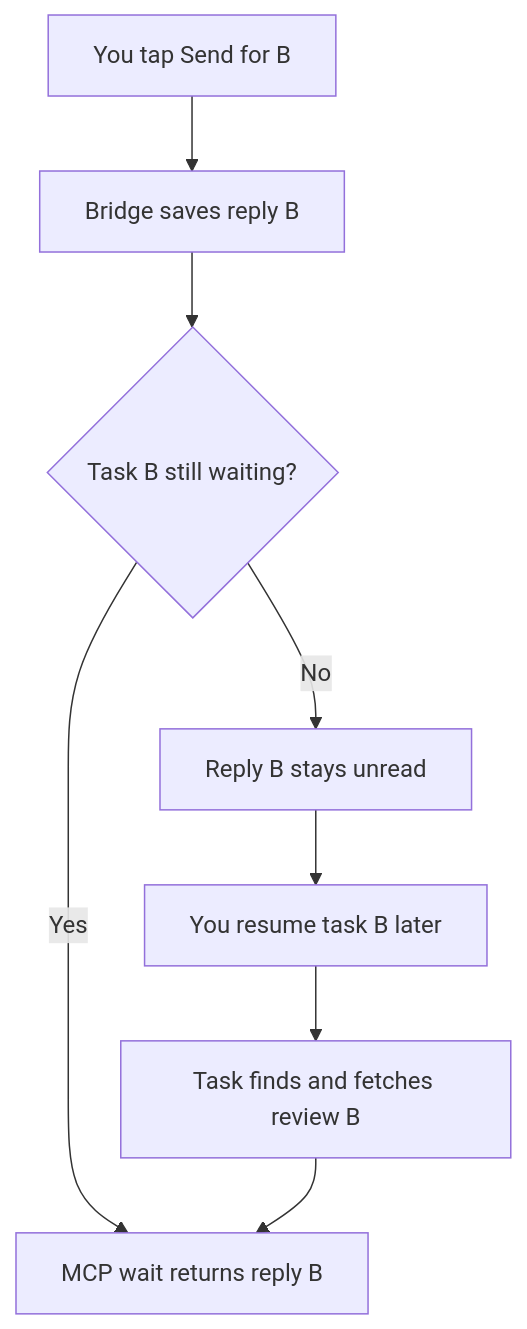
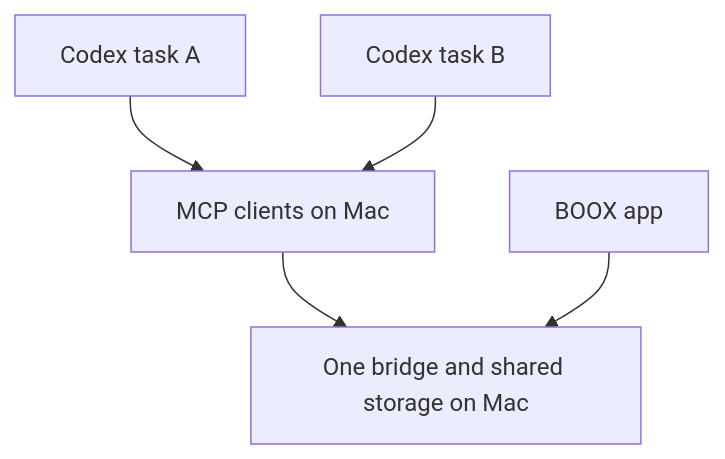
The second of 2 diagrams in docs/communication-routing.md (olblinov/riddle-boox-llm), drawn with Mermaid before and after one commit. The commit also changed other lines of this file and 16 other files, not shown here.

````diff
--- a/docs/communication-routing.md
+++ b/docs/communication-routing.md
@@ -49,10 +25,7 @@
 ```mermaid
 flowchart TD
-    S[You tap Send for B] --> D[Bridge saves reply B]
-    D --> W{Task B still waiting?}
-    W -->|Yes| R[MCP wait returns reply B]
-    W -->|No| U[Reply B stays unread]
-    U --> T[You resume task B later]
-    T --> F[Task finds and fetches review B]
-    F --> R
+    A[Codex task A] --> M[MCP clients on Mac]
+    B[Codex task B] --> M
+    M --> D[One bridge and shared storage on Mac]
+    T[BOOX app] --> D
 ```
````
